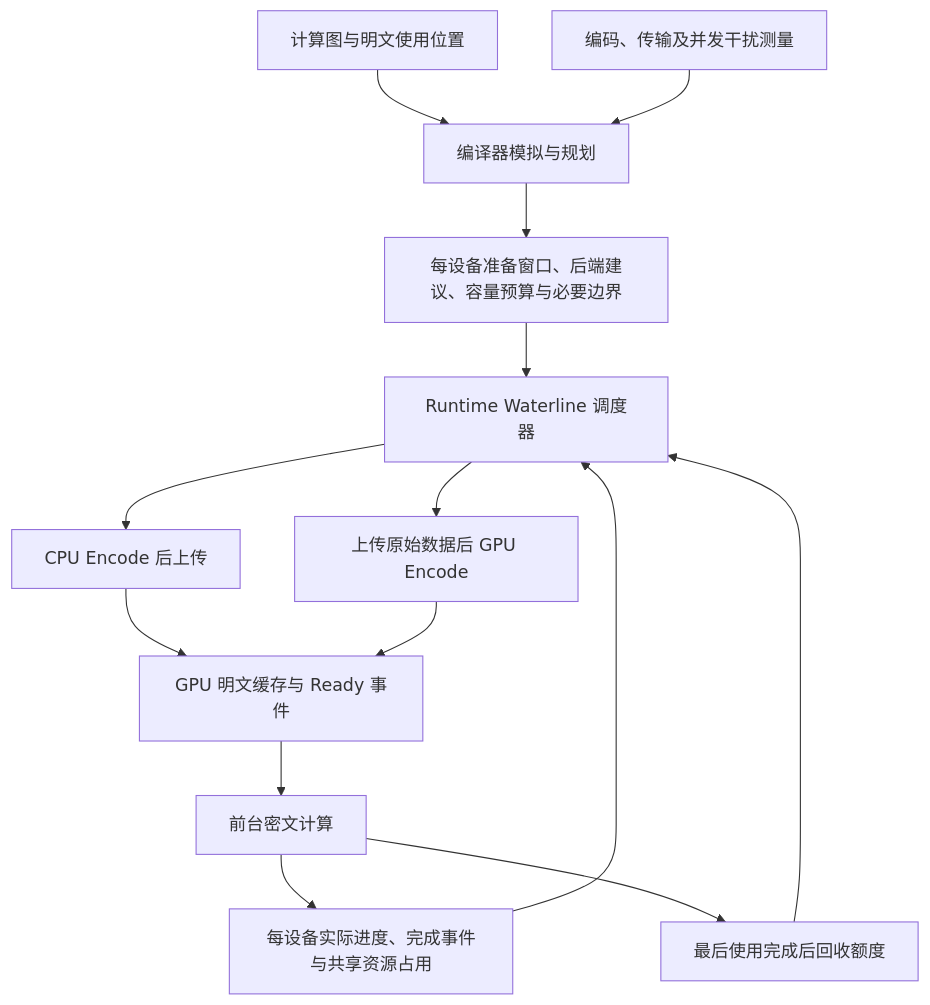
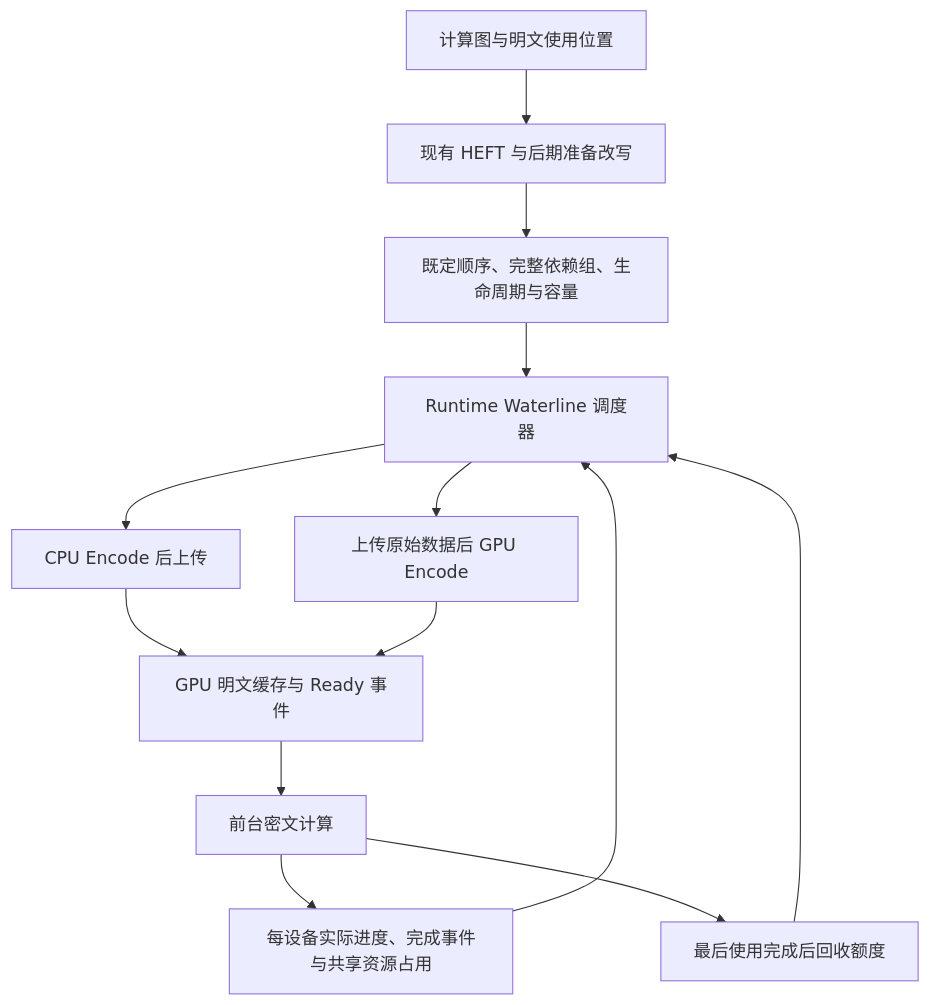
Before and after one commit to mingerfan/poseidon: the diagram in docs/poseidon-waterline-hybrid-encode-plan.zh-CN.md, drawn with Mermaid. The commit also changed other lines of this file, not shown here.

Commit message:
docs: keep HEFT unchanged for first waterline runtime

````diff
--- a/docs/poseidon-waterline-hybrid-encode-plan.zh-CN.md
+++ b/docs/poseidon-waterline-hybrid-encode-plan.zh-CN.md
@@ -36,16 +36,15 @@
 ```mermaid
 flowchart TD
-    G[计算图与明文使用位置] --> C[编译器模拟与规划]
-    P[编码、传输及并发干扰测量] --> C
-    C --> W[每设备准备窗口、后端建议、容量预算与必要边界]
+    G[计算图与明文使用位置] --> C[现有 HEFT 与后期准备改写]
+    C --> W[既定顺序、完整依赖组、生命周期与容量]
     W --> R[Runtime Waterline 调度器]
     E[每设备实际进度、完成事件与共享资源占用] --> R
     R --> CPU[CPU Encode 后上传]
     R --> GPU[上传原始数据后 GPU Encode]
     CPU --> Q[GPU 明文缓存与 Ready 事件]
     GPU --> Q
     Q --> F[前台密文计算]
     F --> E
     F --> L[最后使用完成后回收额度]
     L --> R
 ```
````
